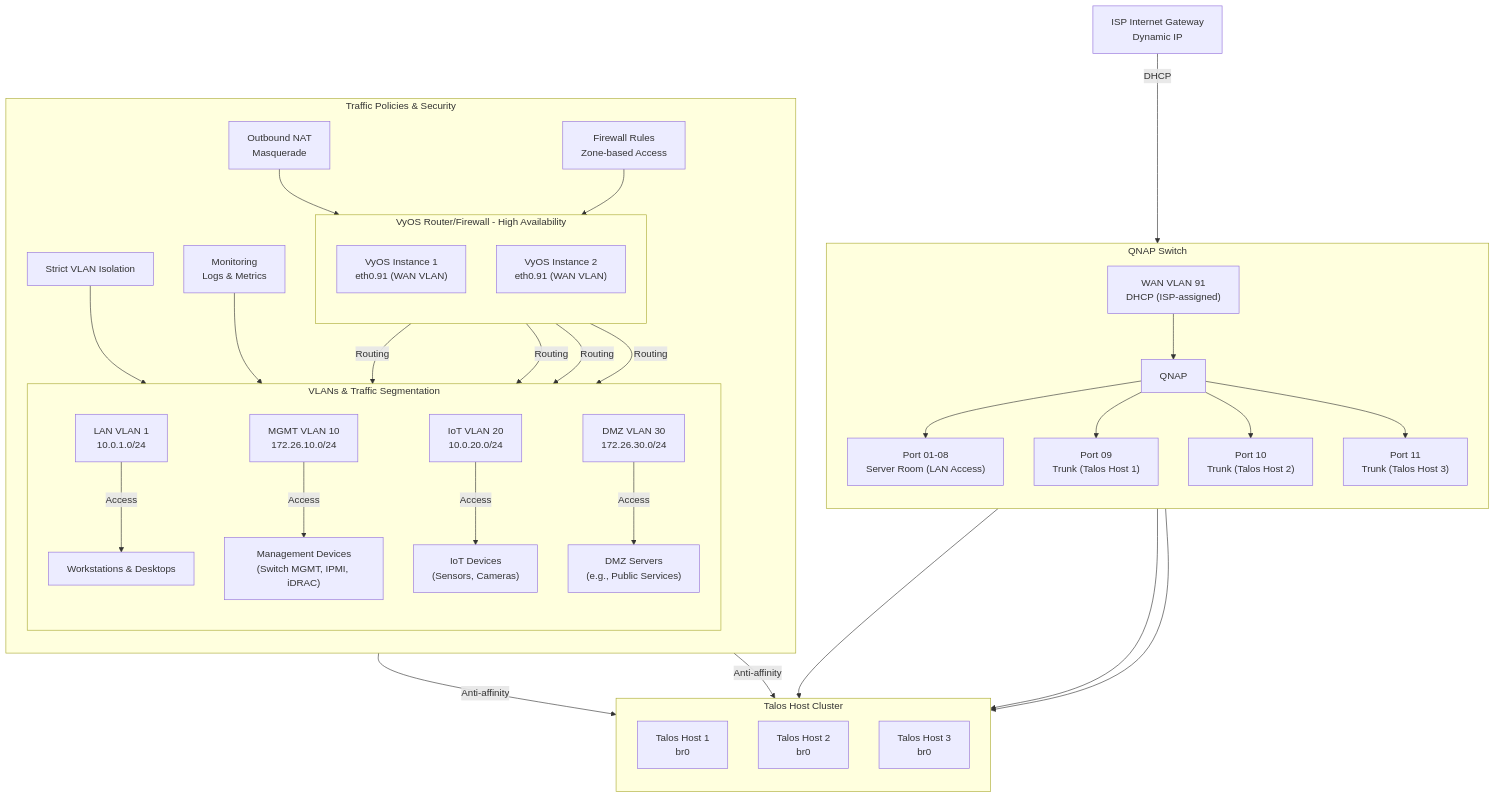
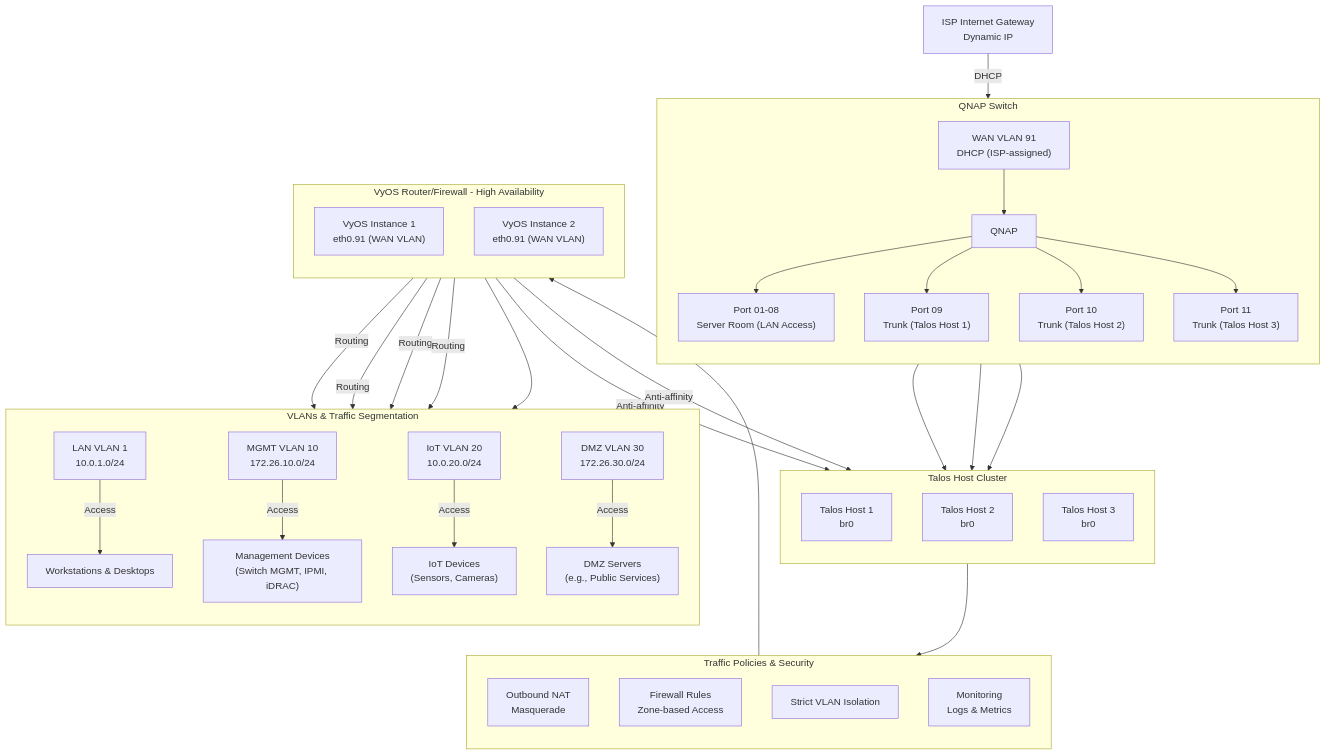
The diagram in library/vyos/README.md (ContainerCraft/kc2), drawn with Mermaid before and after one commit.

````diff
--- a/library/vyos/README.md
+++ b/library/vyos/README.md
@@ -40,75 +40,74 @@
 ```mermaid
 flowchart TB
     %% Topmost level - WAN Connectivity
     ISP["ISP Internet Gateway<br/>Dynamic IP"]
     ISP -->|DHCP| WAN["WAN VLAN 91<br/>DHCP (ISP-assigned)"]
 
     %% QNAP Switch Layer
     subgraph QNAP_Switch ["QNAP Switch"]
         direction TB
         Port01["Port 01-08<br/>Server Room (LAN Access)"]
         Port09["Port 09<br/>Trunk (Talos Host 1)"]
         Port10["Port 10<br/>Trunk (Talos Host 2)"]
         Port11["Port 11<br/>Trunk (Talos Host 3)"]
         WAN --> QNAP
         QNAP --> Port01
         QNAP --> Port09
         QNAP --> Port10
         QNAP --> Port11
     end
 
     %% Talos Host Cluster Layer
     subgraph Talos_Cluster ["Talos Host Cluster"]
         direction TB
         Talos1["Talos Host 1<br/>br0"]
         Talos2["Talos Host 2<br/>br0"]
         Talos3["Talos Host 3<br/>br0"]
         Port09 --> Talos1
         Port10 --> Talos2
         Port11 --> Talos3
     end
 
+    %% Traffic Flow Policies and Security (moved below Talos Cluster)
+    subgraph Traffic_Policies ["Traffic Policies & Security"]
+        direction TB
+        NAT["Outbound NAT<br/>Masquerade"]
+        Firewall["Firewall Rules<br/>Zone-based Access"]
+        Isolation["Strict VLAN Isolation"]
+        Monitoring["Monitoring<br/>Logs & Metrics"]
+    end
+    Talos_Cluster --> Traffic_Policies
+
     %% VyOS High-Availability Router
     subgraph VyOS_Router_HA ["VyOS Router/Firewall - High Availability"]
         direction TB
         VyOS1["VyOS Instance 1<br/>eth0.91 (WAN VLAN)"]
         VyOS2["VyOS Instance 2<br/>eth0.91 (WAN VLAN)"]
         VyOS1 -->|Anti-affinity| Talos1
         VyOS2 -->|Anti-affinity| Talos2
     end
+    Traffic_Policies --> VyOS_Router_HA
 
     %% VLANs and Traffic Segmentation
     subgraph VLAN_Segments ["VLANs & Traffic Segmentation"]
         direction TB
         LAN["LAN VLAN 1<br/>10.0.1.0/24"]
         MGMT["MGMT VLAN 10<br/>172.26.10.0/24"]
         IoT["IoT VLAN 20<br/>10.0.20.0/24"]
         DMZ["DMZ VLAN 30<br/>172.26.30.0/24"]
         DMZ_VMs["DMZ Servers<br/>(e.g., Public Services)"]
         MGMT_Devices["Management Devices<br/>(Switch MGMT, IPMI, iDRAC)"]
         IoT_Devices["IoT Devices<br/>(Sensors, Cameras)"]
 
         VyOS1 -->|Routing| LAN
         VyOS2 -->|Routing| MGMT
         VyOS1 -->|Routing| IoT
         VyOS2 -->|Routing| DMZ
 
         LAN -->|Access| Devices_LAN["Workstations & Desktops"]
         MGMT -->|Access| MGMT_Devices
         IoT -->|Access| IoT_Devices
         DMZ -->|Access| DMZ_VMs
     end
-
-    %% Traffic Flow Policies
-    subgraph Traffic_Policies ["Traffic Policies & Security"]
-        direction TB
-        NAT["Outbound NAT<br/>Masquerade"]
-        Firewall["Firewall Rules<br/>Zone-based Access"]
-        Isolation["Strict VLAN Isolation"]
-        Monitoring["Monitoring<br/>Logs & Metrics"]
-        NAT --> VyOS_Router_HA
-        Firewall --> VyOS_Router_HA
-        Isolation --> VLAN_Segments
-        Monitoring --> VLAN_Segments
-    end
+    VyOS_Router_HA --> VLAN_Segments
 ```
````
